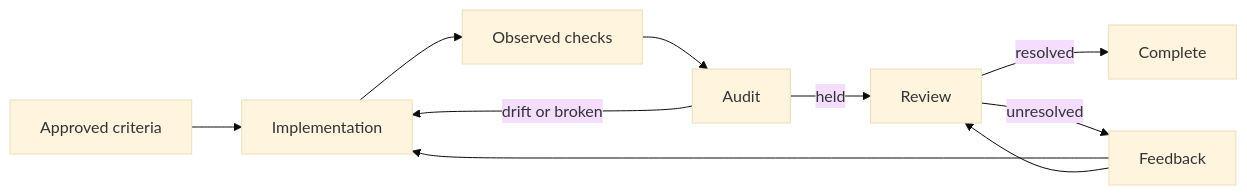
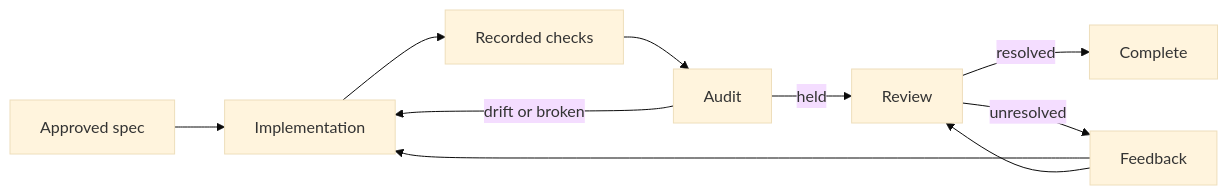
The diagram in docs/workflow.md (xcrft/mastermind), drawn with Mermaid (base theme) before and after one commit. The commit also changed other lines of this file and 174 other files, not shown here.

````diff
--- a/docs/workflow.md
+++ b/docs/workflow.md
@@ -5,12 +13,12 @@
 ```mermaid
 flowchart LR
-  A["Approved criteria"] --> B["Implementation"]
-  B --> C["Observed checks"]
+  A["Approved spec"] --> B["Implementation"]
+  B --> C["Recorded checks"]
   C --> D["Audit"]
   D -->|held| E["Review"]
   D -->|drift or broken| B
   E -->|resolved| F["Complete"]
   E -->|unresolved| G["Feedback"]
   G --> B
   G --> E
 ```
````
